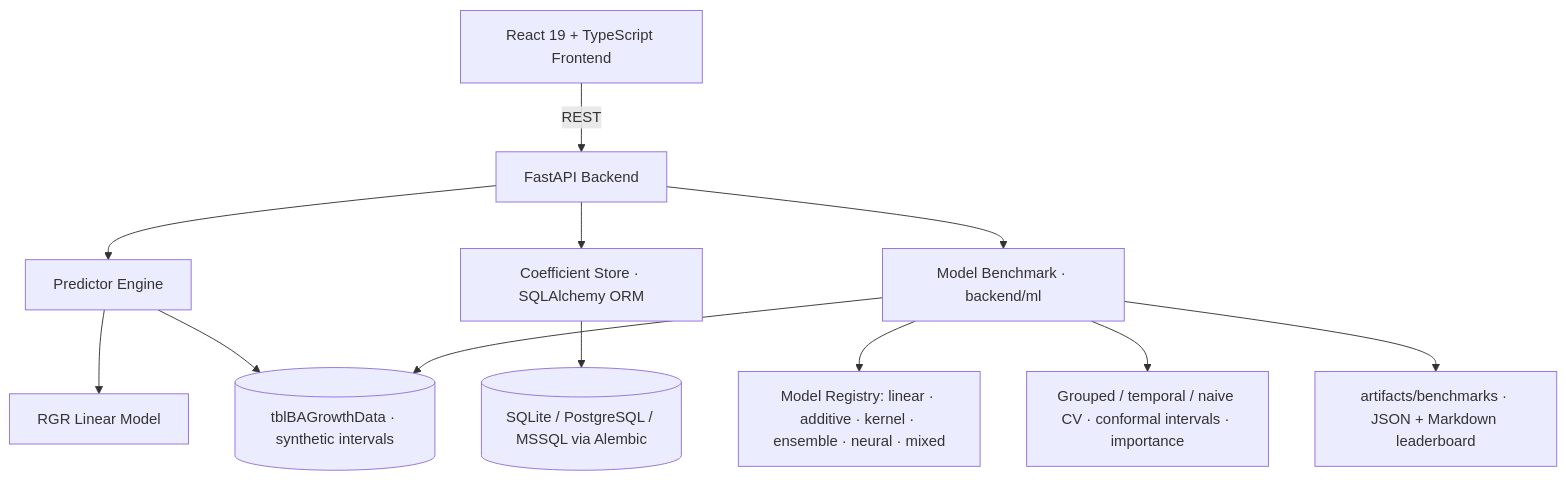
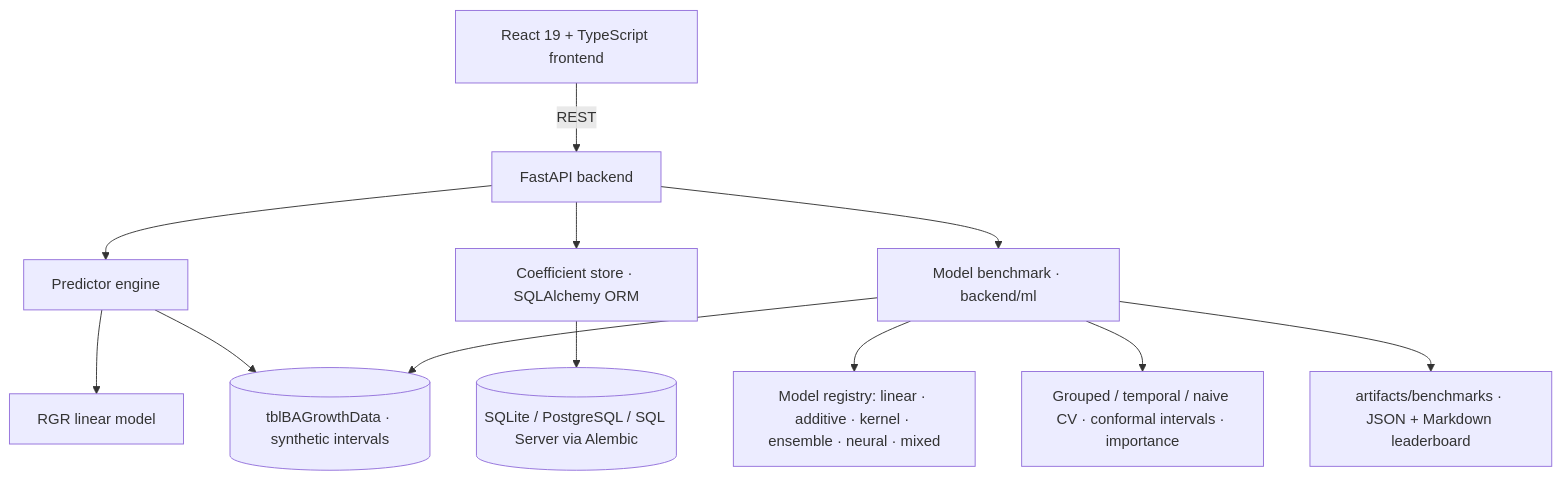
The diagram in README.md (TirthPatel6104/BA-growth-tool-public), drawn with Mermaid before and after one commit. The commit also changed other lines of this file and 6 other files, not shown here.

````diff
--- a/README.md
+++ b/README.md
@@ -122,14 +168,14 @@
 ```mermaid
 graph TD
-    A[React 19 + TypeScript Frontend] -->|REST| B[FastAPI Backend]
-    B --> C[Predictor Engine]
-    B --> D[Coefficient Store · SQLAlchemy ORM]
-    B --> H[Model Benchmark · backend/ml]
-    C --> E[RGR Linear Model]
-    H --> I[Model Registry: linear · additive · kernel · ensemble · neural · mixed]
+    A[React 19 + TypeScript frontend] -->|REST| B[FastAPI backend]
+    B --> C[Predictor engine]
+    B --> D[Coefficient store · SQLAlchemy ORM]
+    B --> H[Model benchmark · backend/ml]
+    C --> E[RGR linear model]
+    H --> I[Model registry: linear · additive · kernel · ensemble · neural · mixed]
     H --> J[Grouped / temporal / naive CV · conformal intervals · importance]
-    D --> F[(SQLite / PostgreSQL / MSSQL via Alembic)]
+    D --> F[(SQLite / PostgreSQL / SQL Server via Alembic)]
     C --> G[(tblBAGrowthData · synthetic intervals)]
     H --> G
     H --> K[artifacts/benchmarks · JSON + Markdown leaderboard]
 ```
````
